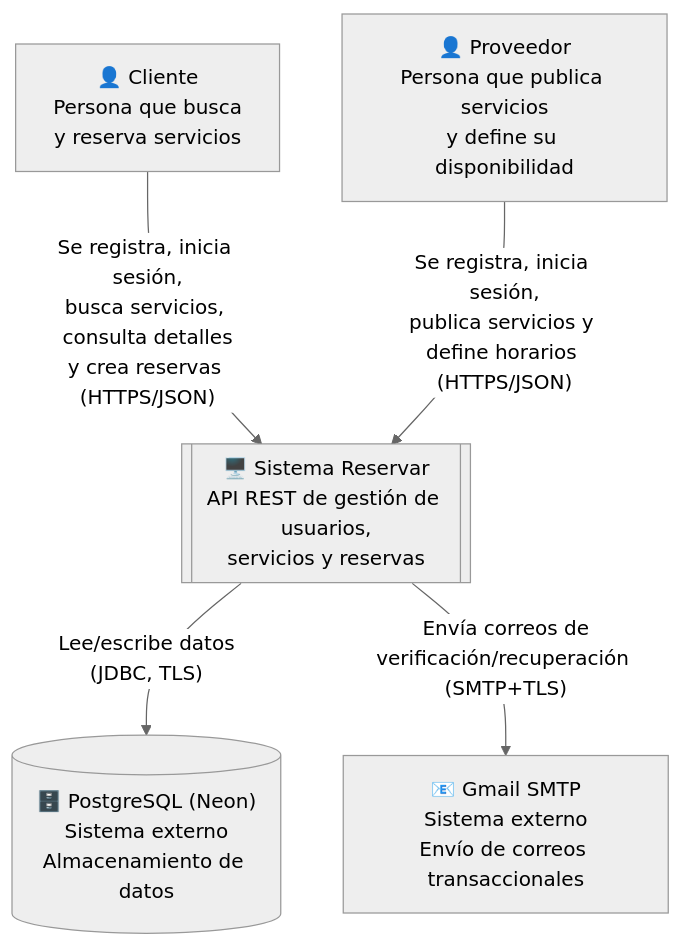
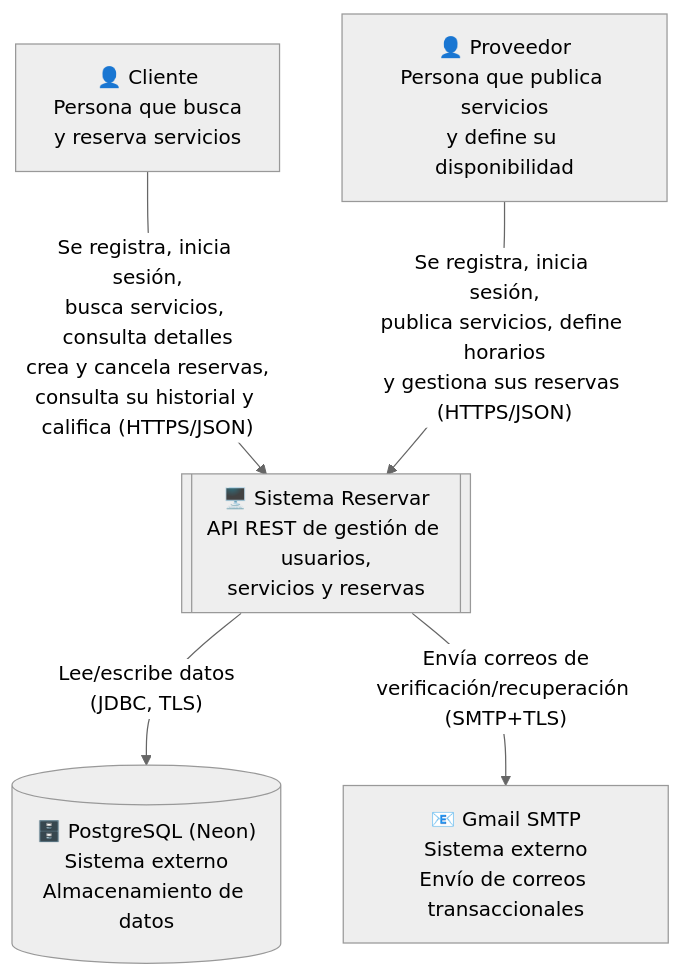
One commit to FabricaEscuela20262-EAV09/FabricaEscuela202602_EAV09 changed the first of 6 diagrams in README.md. Above: the diagram before and after it, drawn with Mermaid (neutral theme). The commit also changed other lines of this file, not shown here.

````diff
--- a/README.md
+++ b/README.md
@@ -50,13 +50,13 @@
 ```mermaid
 graph TD
     Cliente["👤 Cliente<br/>Persona que busca<br/>y reserva servicios"]
     Proveedor["👤 Proveedor<br/>Persona que publica servicios<br/>y define su disponibilidad"]
     Sistema[["🖥️ Sistema Reservar<br/>API REST de gestión de usuarios,<br/>servicios y reservas"]]
     BD[("🗄️ PostgreSQL (Neon)<br/>Sistema externo<br/>Almacenamiento de datos")]
     Correo["📧 Gmail SMTP<br/>Sistema externo<br/>Envío de correos transaccionales"]
 
-    Cliente -->|"Se registra, inicia sesión,<br/>busca servicios, consulta detalles<br/>y crea reservas (HTTPS/JSON)"| Sistema
-    Proveedor -->|"Se registra, inicia sesión,<br/>publica servicios y define horarios (HTTPS/JSON)"| Sistema
+    Cliente -->|"Se registra, inicia sesión,<br/>busca servicios, consulta detalles<br/>crea y cancela reservas,<br/>consulta su historial y califica (HTTPS/JSON)"| Sistema
+    Proveedor -->|"Se registra, inicia sesión,<br/>publica servicios, define horarios<br/>y gestiona sus reservas (HTTPS/JSON)"| Sistema
     Sistema -->|"Lee/escribe datos<br/>(JDBC, TLS)"| BD
     Sistema -->|"Envía correos de<br/>verificación/recuperación (SMTP+TLS)"| Correo
 ```
````
